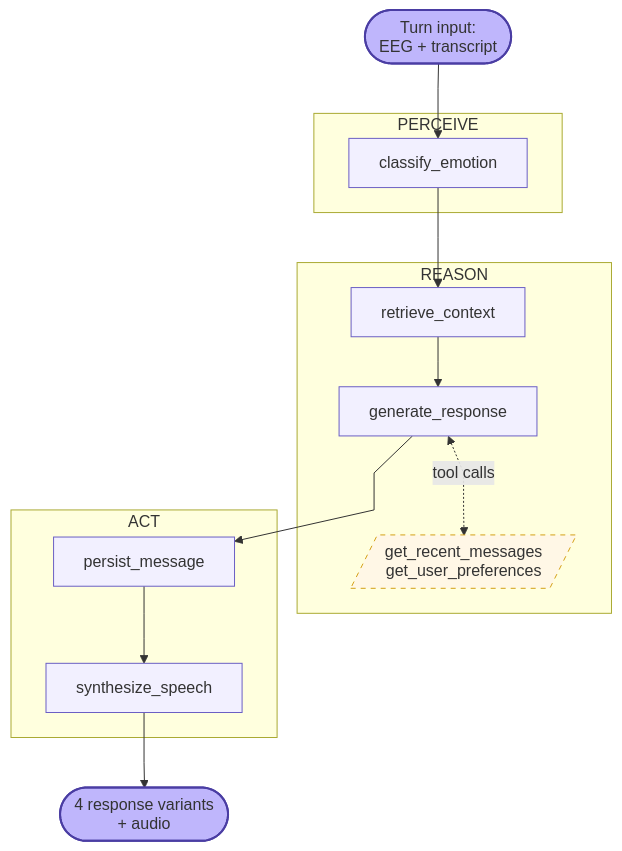
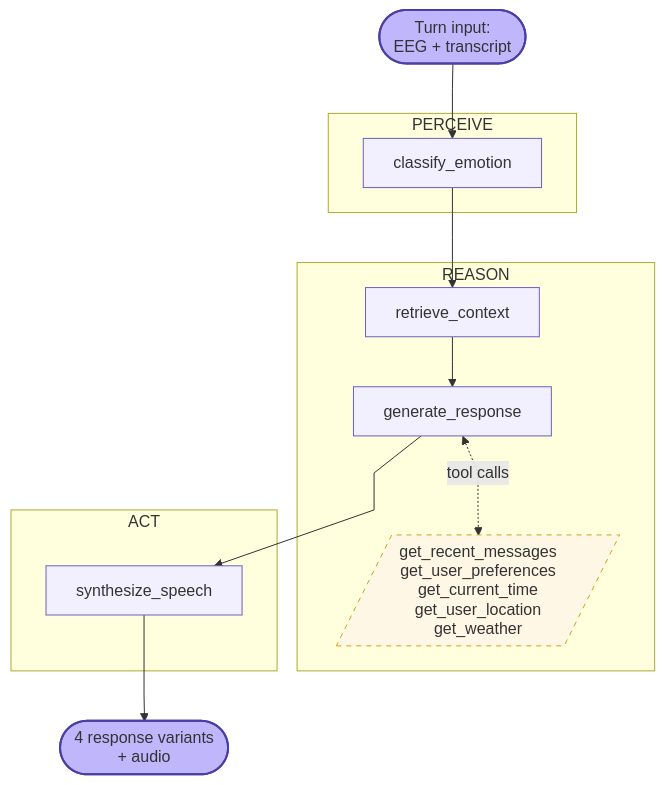
Before and after one commit to ianalin123/few-word-do-trick: the diagram in backend/diagrams/agent_graph.mmd, drawn with Mermaid. The commit also changed 8 other files, not shown here.

```diff
--- a/backend/diagrams/agent_graph.mmd
+++ b/backend/diagrams/agent_graph.mmd
@@ -1,36 +1,34 @@
 ---
 config:
   flowchart:
     curve: linear
 ---
 graph TD
     Input([Turn input:<br/>EEG + transcript]):::io
 
     subgraph perceive [PERCEIVE]
         classify_emotion[classify_emotion]
     end
 
     subgraph reason [REASON]
         retrieve_context[retrieve_context]
         generate_response[generate_response]
-        Tools[/get_recent_messages<br/>get_user_preferences/]:::tools
+        Tools[/get_recent_messages<br/>get_user_preferences<br/>get_current_time<br/>get_user_location<br/>get_weather/]:::tools
     end
 
     subgraph act [ACT]
-        persist_message[persist_message]
         synthesize_speech[synthesize_speech]
     end
 
     Output([4 response variants<br/>+ audio]):::io
 
     Input --> classify_emotion
     classify_emotion --> retrieve_context
     retrieve_context --> generate_response
     generate_response <-.->|tool calls| Tools
-    generate_response --> persist_message
-    persist_message --> synthesize_speech
+    generate_response --> synthesize_speech
     synthesize_speech --> Output
 
     classDef default fill:#f2f0ff,line-height:1.2,stroke:#6b5fc4
     classDef io fill:#bfb6fc,stroke:#4a3da3,stroke-width:2px
     classDef tools fill:#fff7e6,stroke:#d4a017,stroke-dasharray:5 5
```
